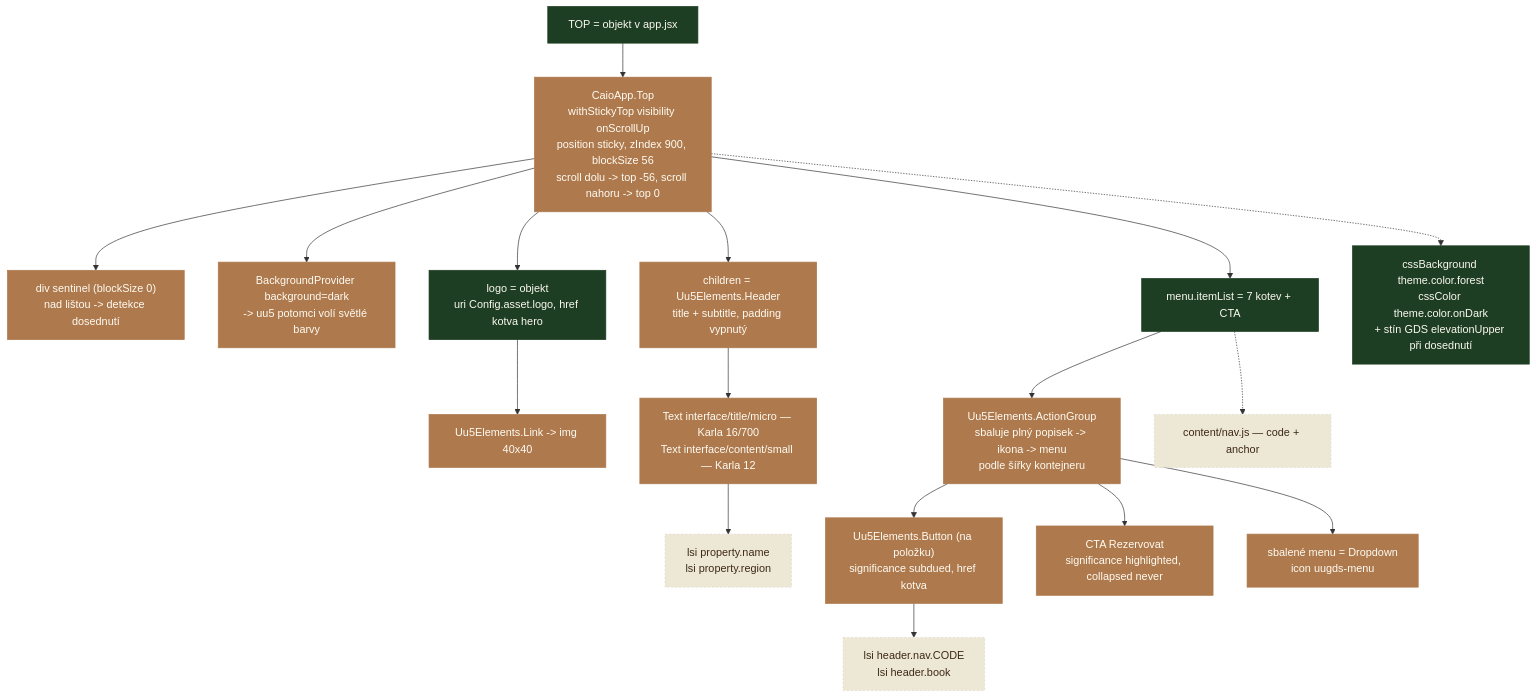
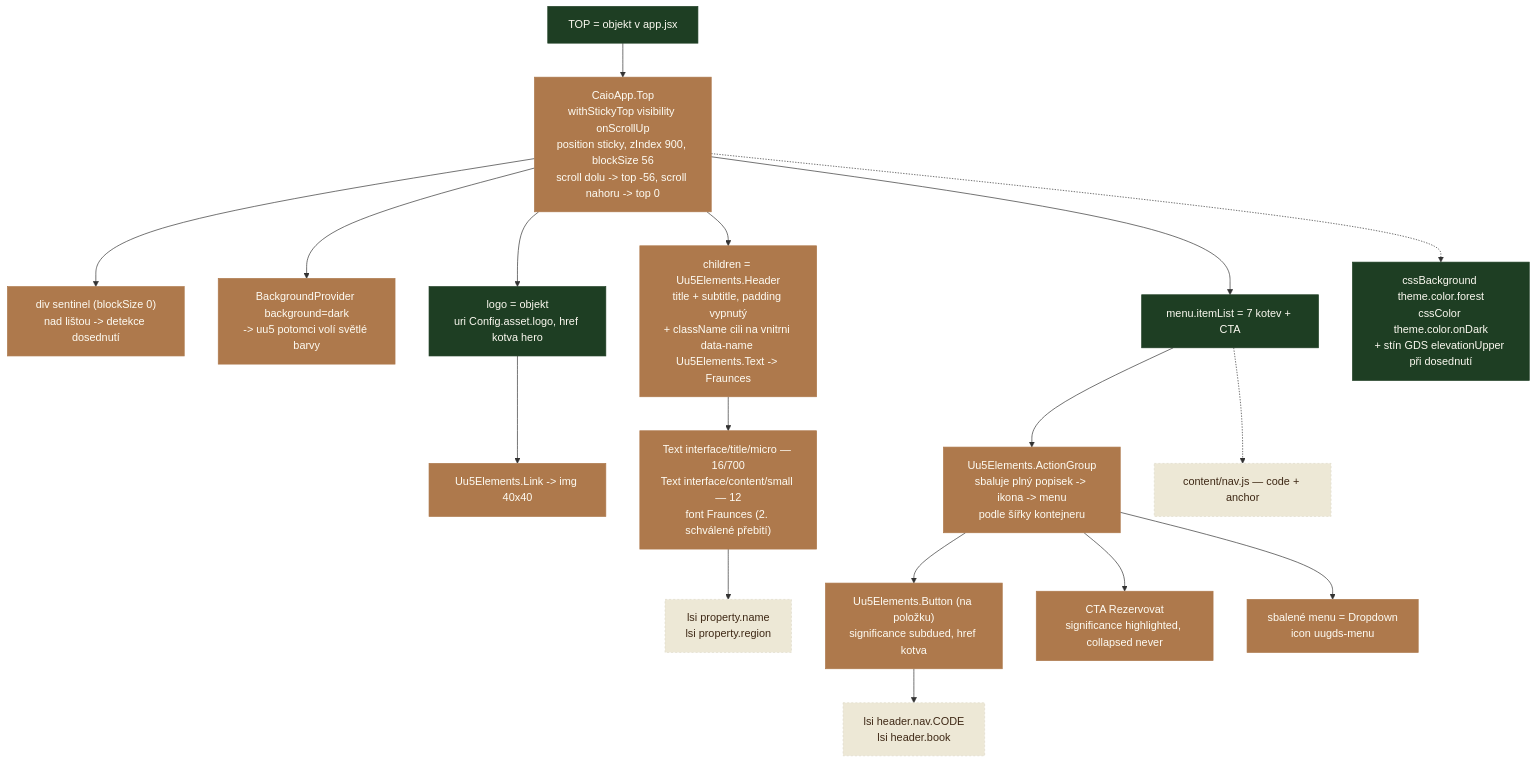
Before and after one commit to capo00/caio_propertyman: the third of 29 diagrams in docs/component-tree.md, drawn with Mermaid. The commit also changed other lines of this file and 4 other files, not shown here.

First line of the commit message:
docs: re-verify the component diagrams against the code

````diff
--- a/docs/component-tree.md
+++ b/docs/component-tree.md
@@ -124,41 +138,41 @@
 ```mermaid
 flowchart TD
   TOP["TOP = objekt v app.jsx"]:::own
   T["CaioApp.Top<br/>withStickyTop visibility onScrollUp<br/>position sticky, zIndex 900, blockSize 56<br/>scroll dolu -> top -56, scroll nahoru -> top 0"]:::uu5
   SENT["div sentinel (blockSize 0)<br/>nad lištou -> detekce dosednutí"]:::uu5
   BG["BackgroundProvider background=dark<br/>-> uu5 potomci volí světlé barvy"]:::uu5
 
   LOGO["logo = objekt<br/>uri Config.asset.logo, href kotva hero"]:::own
   IMG["Uu5Elements.Link -> img 40x40"]:::uu5
 
-  CH["children = Uu5Elements.Header<br/>title + subtitle, padding vypnutý"]:::uu5
-  CHT["Text interface/title/micro — Karla 16/700<br/>Text interface/content/small — Karla 12"]:::uu5
+  CH["children = Uu5Elements.Header<br/>title + subtitle, padding vypnutý<br/>+ className cili na vnitrni data-name Uu5Elements.Text -> Fraunces"]:::uu5
+  CHT["Text interface/title/micro — 16/700<br/>Text interface/content/small — 12<br/>font Fraunces (2. schválené přebití)"]:::uu5
   LSIP["lsi property.name<br/>lsi property.region"]:::data
 
   MENU["menu.itemList = 7 kotev + CTA"]:::own
   AG["Uu5Elements.ActionGroup<br/>sbaluje plný popisek -> ikona -> menu<br/>podle šířky kontejneru"]:::uu5
   ITEM["Uu5Elements.Button (na položku)<br/>significance subdued, href kotva"]:::uu5
   CTA["CTA Rezervovat<br/>significance highlighted, collapsed never"]:::uu5
   HAM["sbalené menu = Dropdown<br/>icon uugds-menu"]:::uu5
   LSIN["lsi header.nav.CODE<br/>lsi header.book"]:::data
   NAVD["content/nav.js — code + anchor"]:::data
 
   CSS["cssBackground theme.color.forest<br/>cssColor theme.color.onDark<br/>+ stín GDS elevationUpper při dosednutí"]:::own
 
   TOP --> T
   T --> SENT
   T --> BG
   T --> LOGO --> IMG
   T --> CH --> CHT --> LSIP
   T --> MENU --> AG
   AG --> ITEM --> LSIN
   AG --> CTA
   AG --> HAM
   MENU -.-> NAVD
   T -.-> CSS
 
   classDef own fill:#1E3E23,color:#FBF9F0,stroke:#1E3E23
   classDef html fill:#F9F5E8,color:#1E2715,stroke:#DFDBCB
   classDef uu5 fill:#AE794C,color:#FEFCF4,stroke:#AE794C
   classDef data fill:#EDE8D6,color:#3E2815,stroke:#DFDBCB,stroke-dasharray:3 3
 ```
````
